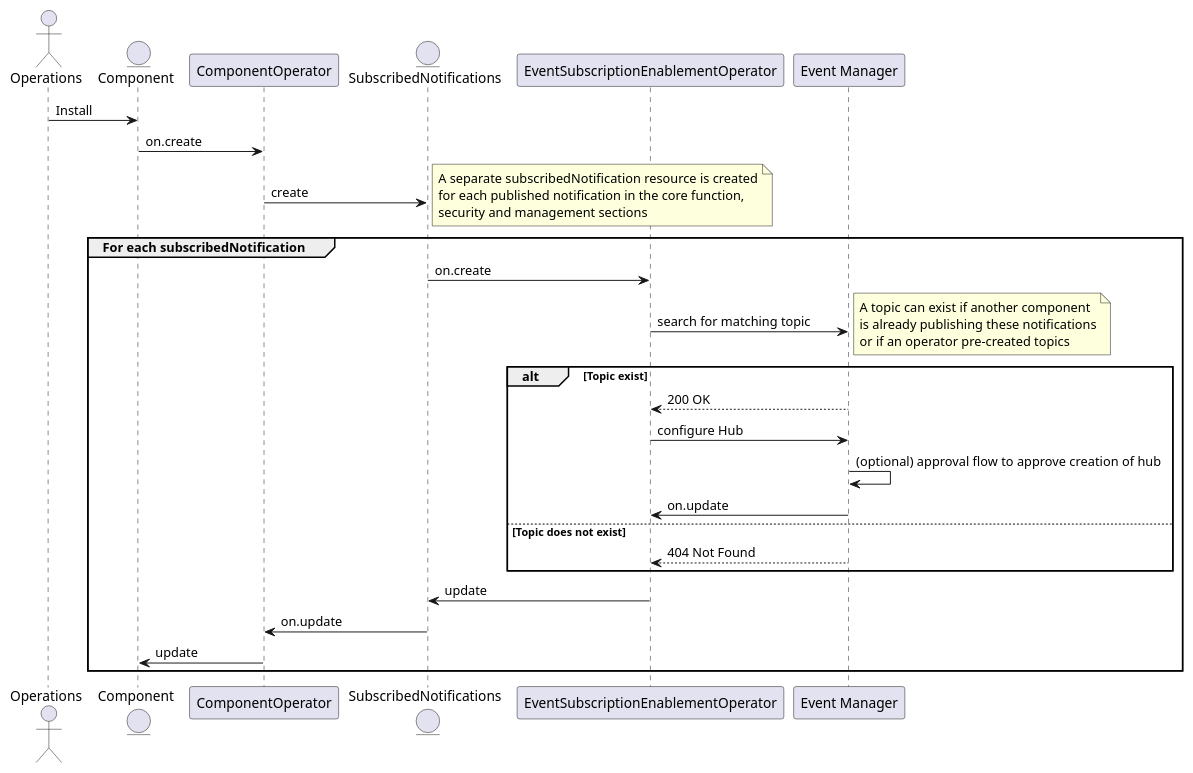
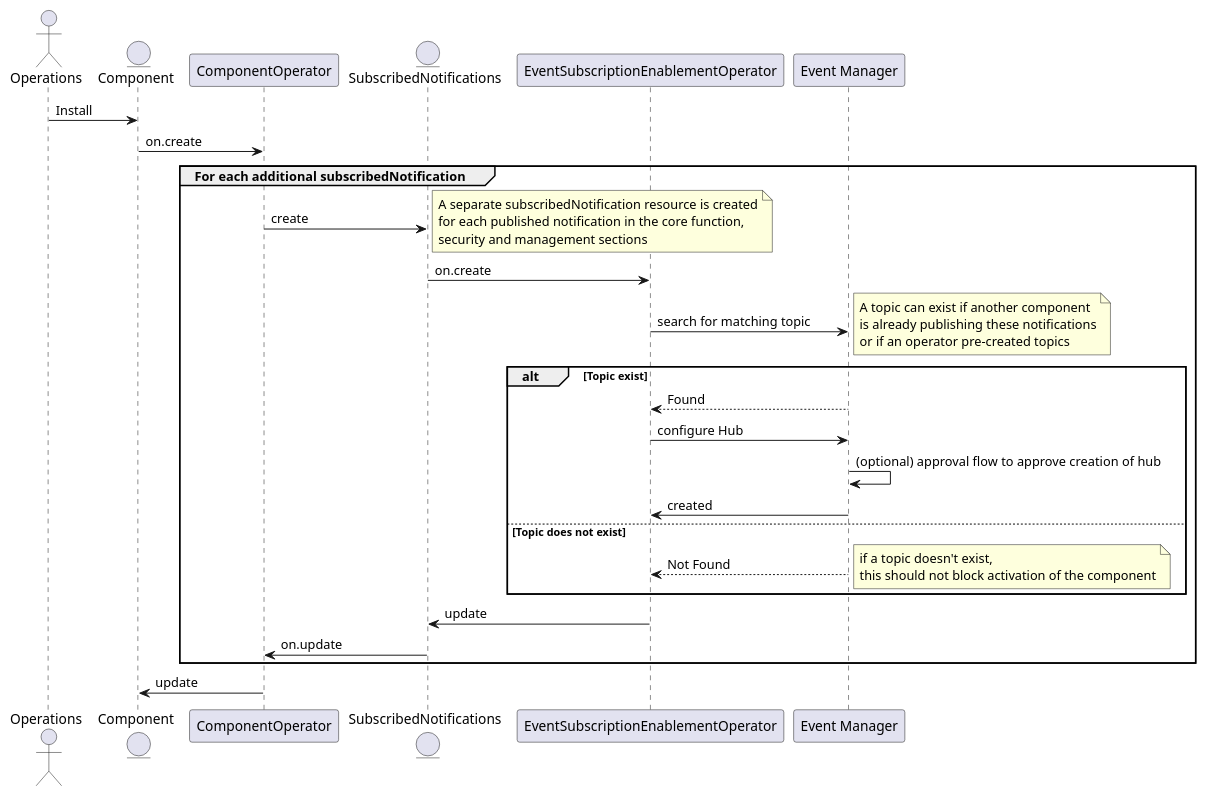
The diagram in oda-canvas-ctk/usecase-library/pumlFiles/enableEventSubscription-with-add.puml (tmforum-oda/oda-canvas), drawn with PlantUML before and after one commit. The commit also changed 7 other files, not shown here.

Commit message:
EventSubscription defined Requirement for Create/Delete Topic use case

```diff
--- a/oda-canvas-ctk/usecase-library/pumlFiles/enableEventSubscription-with-add.puml
+++ b/oda-canvas-ctk/usecase-library/pumlFiles/enableEventSubscription-with-add.puml
@@ -1,39 +1,43 @@
 @startuml
 
 actor Operations
 entity Component
 participant ComponentOperator
 entity SubscribedNotifications
 participant EventSubscriptionEnablementOperator
 participant "Event Manager" as TMFC019
 
 Component <- Operations : Install
 Component -> ComponentOperator: on.create 
+group For each additional subscribedNotification
 ComponentOperator -> SubscribedNotifications: create
 note right
     A separate subscribedNotification resource is created
     for each published notification in the core function,
     security and management sections
 end note
-group For each subscribedNotification
-    SubscribedNotifications -> EventSubscriptionEnablementOperator: on.create     
+    SubscribedNotifications -> EventSubscriptionEnablementOperator: on.create
     EventSubscriptionEnablementOperator -> TMFC019: search for matching topic
     note right
     	A topic can exist if another component
     	is already publishing these notifications
     	or if an operator pre-created topics
     end note
     alt Topic exist
-    	EventSubscriptionEnablementOperator <-- TMFC019: 200 OK
+    	EventSubscriptionEnablementOperator <-- TMFC019: Found
     	EventSubscriptionEnablementOperator -> TMFC019 : configure Hub
     	TMFC019 -> TMFC019: (optional) approval flow to approve creation of hub
-    	EventSubscriptionEnablementOperator <- TMFC019 : on.update
+    	EventSubscriptionEnablementOperator <- TMFC019 : created
     else Topic does not exist
-     	EventSubscriptionEnablementOperator <-- TMFC019: 404 Not Found
+     	EventSubscriptionEnablementOperator <-- TMFC019: Not Found
+        note right
+            if a topic doesn't exist,
+            this should not block activation of the component
+        end note
     end alt
     SubscribedNotifications <- EventSubscriptionEnablementOperator: update
     ComponentOperator <- SubscribedNotifications: on.update
-    Component <- ComponentOperator: update 
 end
+Component <- ComponentOperator: update
 
 @enduml
```
